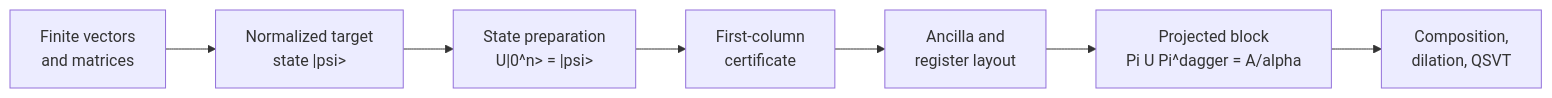
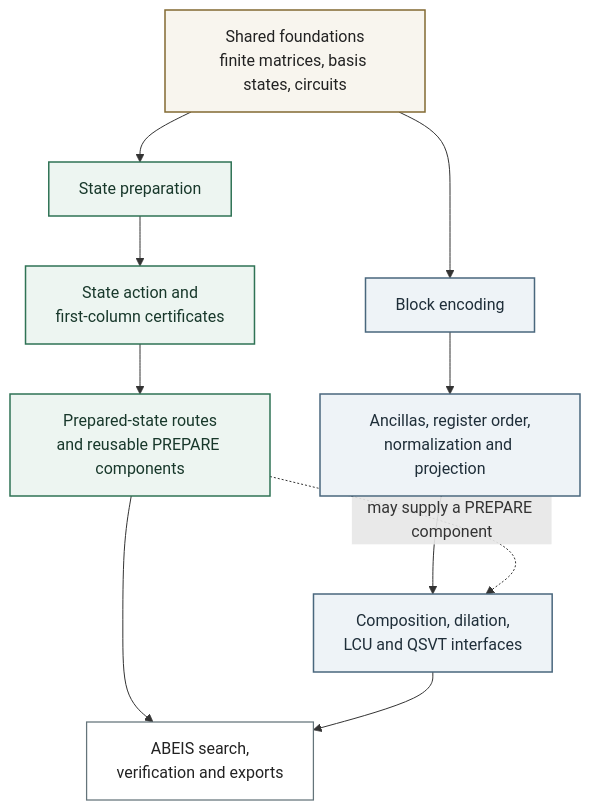
One commit to DakeBU/Quantum-Computing-Block-Encoding changed the diagram in website/diagrams/learning-path.mmd. Above: the diagram before and after it, drawn with Mermaid. The commit also changed 9 other files, not shown here.

```diff
--- a/website/diagrams/learning-path.mmd
+++ b/website/diagrams/learning-path.mmd
@@ -1,7 +1,23 @@
-flowchart LR
-  A["Finite vectors<br/>and matrices"] --> B["Normalized target<br/>state |psi>"]
-  B --> C["State preparation<br/>U|0^n> = |psi>"]
-  C --> D["First-column<br/>certificate"]
-  D --> E["Ancilla and<br/>register layout"]
-  E --> F["Projected block<br/>Pi U Pi^dagger = A/alpha"]
-  F --> G["Composition,<br/>dilation, QSVT"]
+flowchart TB
+  F["Shared foundations<br/>finite matrices, basis states, circuits"]
+
+  F --> S1["State preparation"]
+  S1 --> S2["State action and<br/>first-column certificates"]
+  S2 --> S3["Prepared-state routes<br/>and reusable PREPARE components"]
+
+  F --> B1["Block encoding"]
+  B1 --> B2["Ancillas, register order,<br/>normalization and projection"]
+  B2 --> B3["Composition, dilation,<br/>LCU and QSVT interfaces"]
+
+  S3 -. "may supply a PREPARE component" .-> B3
+  S3 --> H["ABEIS search,<br/>verification and exports"]
+  B3 --> H
+
+  classDef shared fill:#f8f5ee,stroke:#826a32,color:#222222,stroke-width:1.5px;
+  classDef state fill:#edf5f1,stroke:#2f7355,color:#18382b,stroke-width:1.5px;
+  classDef block fill:#eef3f7,stroke:#49677d,color:#1f2e39,stroke-width:1.5px;
+  classDef system fill:#ffffff,stroke:#64747a,color:#222222,stroke-width:1.25px;
+  class F shared;
+  class S1,S2,S3 state;
+  class B1,B2,B3 block;
+  class H system;
```
